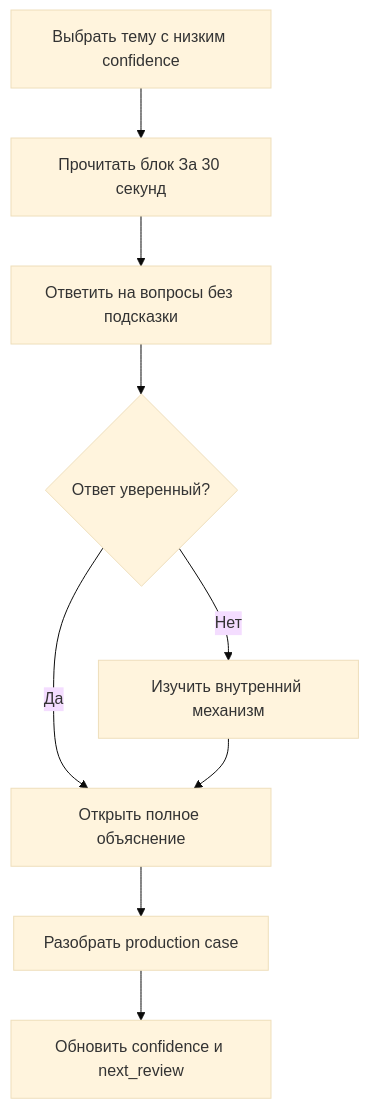
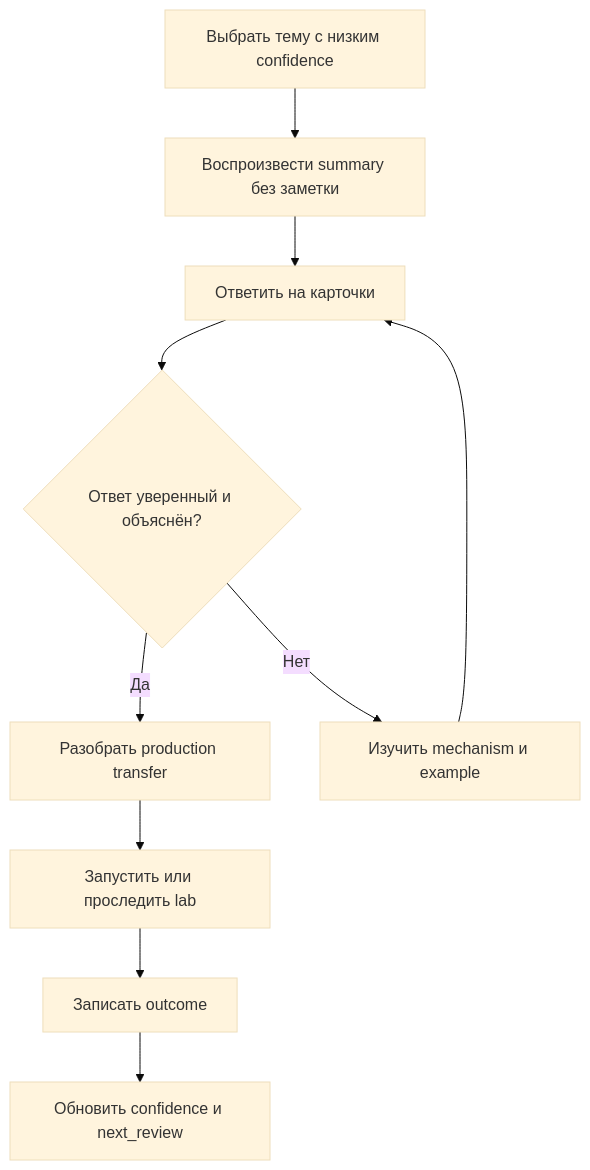
The third of 3 diagrams in 00_HOME/Java Backend Knowledge System.md (alimbetov/obsidian), drawn with Mermaid (base theme) before and after one commit. The commit also changed other lines of this file, not shown here.

Commit message:
Add review dashboard and Spring CORE-B02 route

````diff
--- a/00_HOME/Java Backend Knowledge System.md
+++ b/00_HOME/Java Backend Knowledge System.md
@@ -84,11 +135,12 @@
 ```mermaid
 flowchart TD
-    A[Выбрать тему с низким confidence] --> B[Прочитать блок За 30 секунд]
-    B --> C[Ответить на вопросы без подсказки]
-    C --> D{Ответ уверенный?}
-    D -- Да --> E[Открыть полное объяснение]
-    D -- Нет --> F[Изучить внутренний механизм]
-    F --> E
-    E --> G[Разобрать production case]
-    G --> H[Обновить confidence и next_review]
+    A[Выбрать тему с низким confidence] --> B[Воспроизвести summary без заметки]
+    B --> C[Ответить на карточки]
+    C --> D{Ответ уверенный и объяснён?}
+    D -- Да --> E[Разобрать production transfer]
+    D -- Нет --> F[Изучить mechanism и example]
+    F --> C
+    E --> G[Запустить или проследить lab]
+    G --> H[Записать outcome]
+    H --> I[Обновить confidence и next_review]
 ```
````
